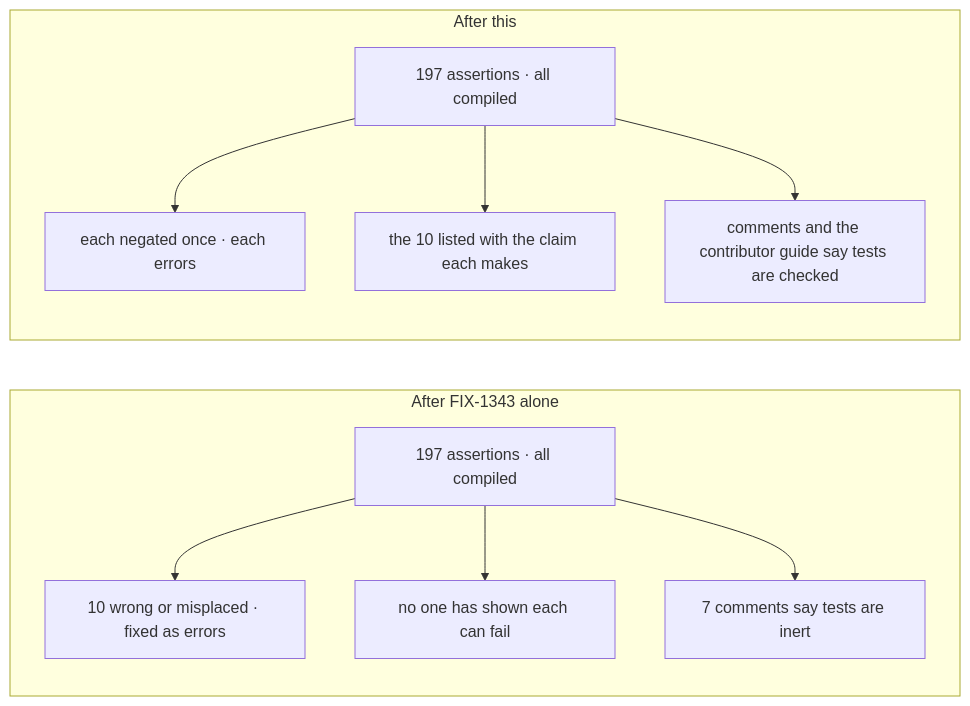
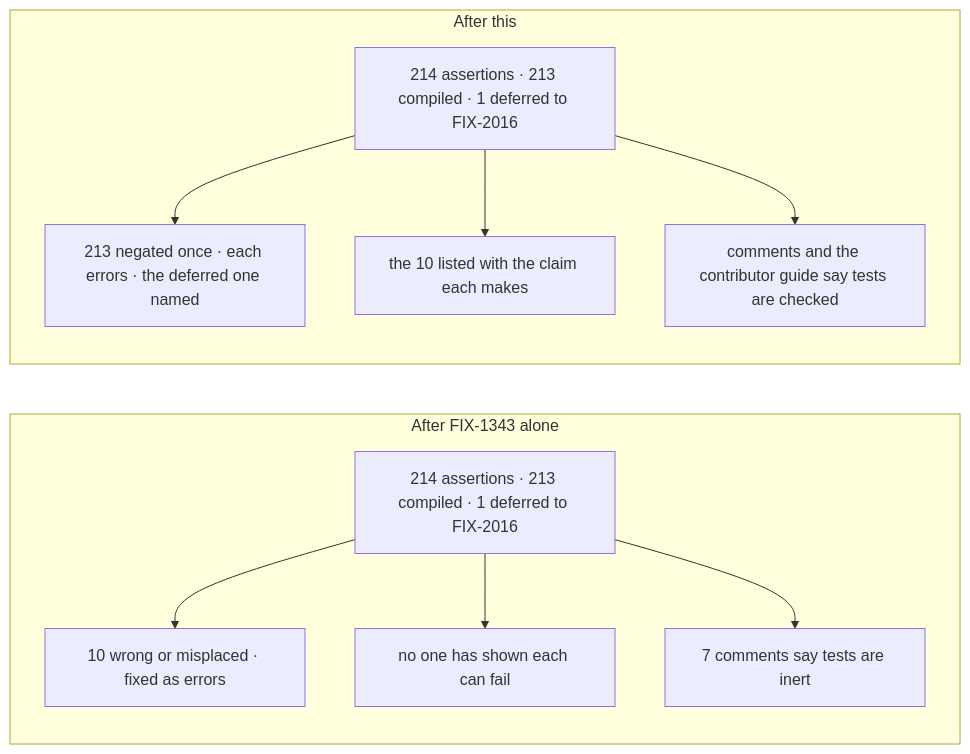
Before and after one commit to fixpoint-labs/flow-state-dev: the second of 2 diagrams in specs/issues/FIX-1239/SPEC.md, drawn with Mermaid. The commit also changed other lines of this file and 5 other files, not shown here.

````diff
--- a/specs/issues/FIX-1239/SPEC.md
+++ b/specs/issues/FIX-1239/SPEC.md
@@ -51,13 +51,13 @@
 ```mermaid
 flowchart LR
   subgraph today["After FIX-1343 alone"]
-    A1["197 assertions · all compiled"] --> B1["10 wrong or misplaced · fixed as errors"]
+    A1["214 assertions · 213 compiled · 1 deferred to FIX-2016"] --> B1["10 wrong or misplaced · fixed as errors"]
     A1 --> C1["no one has shown each can fail"]
     A1 --> D1["7 comments say tests are inert"]
   end
   subgraph after["After this"]
-    A2["197 assertions · all compiled"] --> B2["each negated once · each errors"]
+    A2["214 assertions · 213 compiled · 1 deferred to FIX-2016"] --> B2["213 negated once · each errors · the deferred one named"]
     A2 --> C2["the 10 listed with the claim each makes"]
     A2 --> D2["comments and the contributor guide say tests are checked"]
   end
 ```
````
